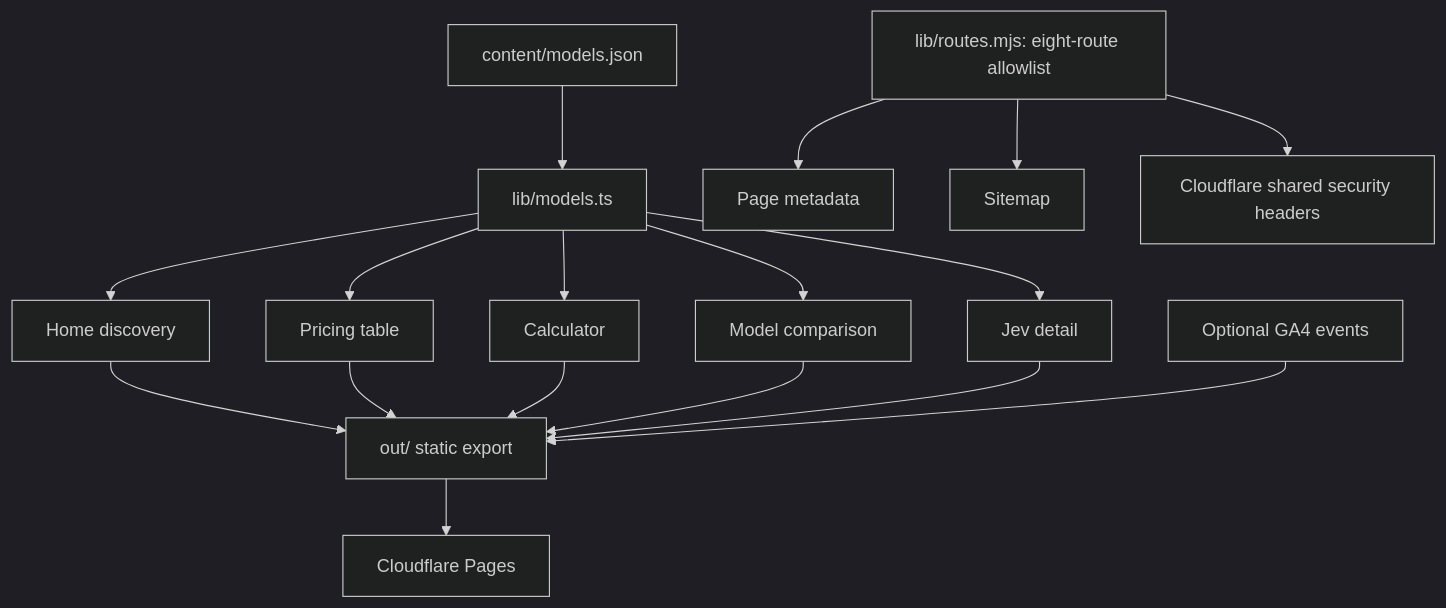
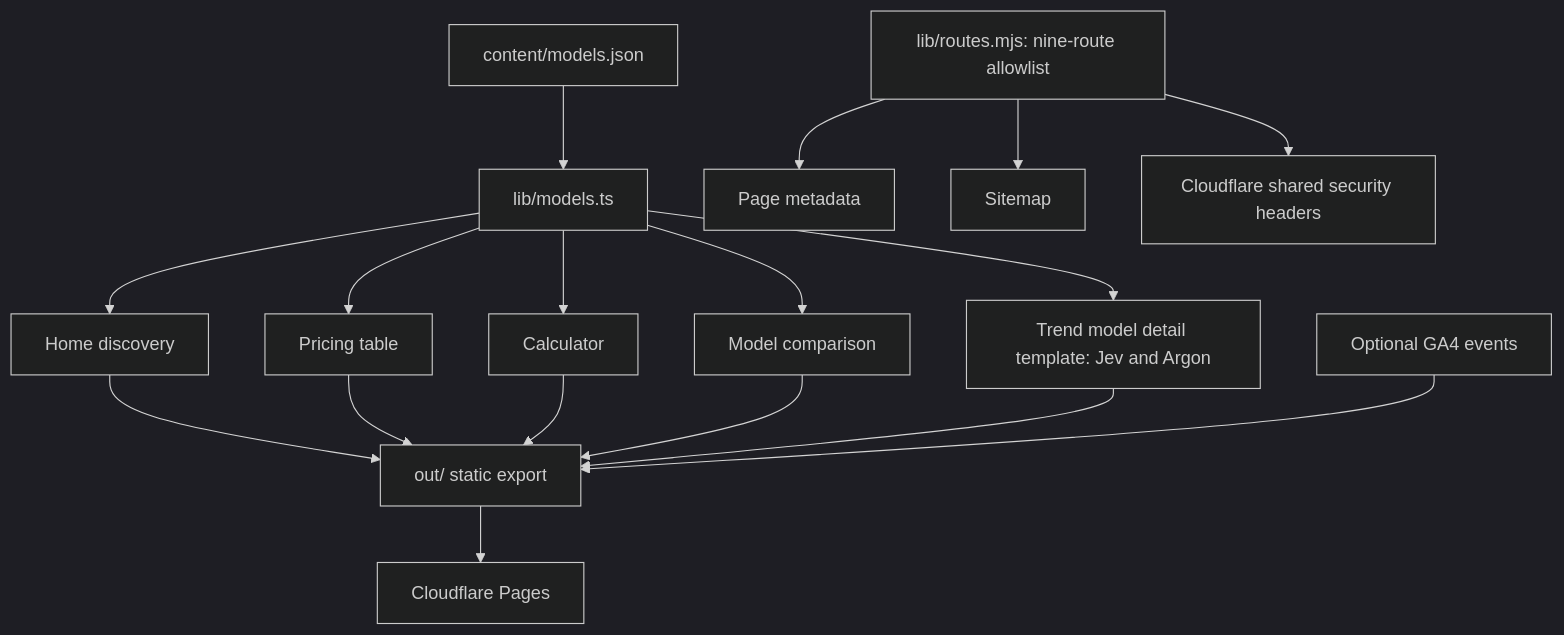
One commit to yubinhong/toolpilot changed the diagram in ARCHITECTURE.md. Above: the diagram before and after it, drawn with Mermaid (dark theme). The commit also changed other lines of this file and 30 other files, not shown here.

Commit message:
feat(seo): add verified Gemini 4 Argon landing page

````diff
--- a/ARCHITECTURE.md
+++ b/ARCHITECTURE.md
@@ -7,19 +7,19 @@
 ```mermaid
 flowchart TD
     M[content/models.json] --> L[lib/models.ts]
     L --> H[Home discovery]
     L --> P[Pricing table]
     L --> C[Calculator]
     L --> X[Model comparison]
-    L --> J[Jev detail]
-    R[lib/routes.mjs: eight-route allowlist] --> MD[Page metadata]
+    L --> J[Trend model detail template: Jev and Argon]
+    R[lib/routes.mjs: nine-route allowlist] --> MD[Page metadata]
     R --> SM[Sitemap]
     R --> AH[Cloudflare shared security headers]
     H --> O[out/ static export]
     P --> O
     C --> O
     X --> O
     J --> O
     O --> CF[Cloudflare Pages]
     GA[Optional GA4 events] --> O
 ```
````
